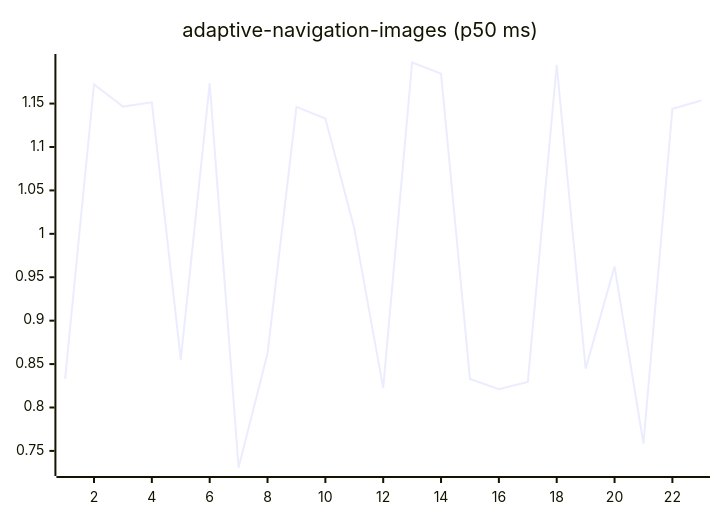
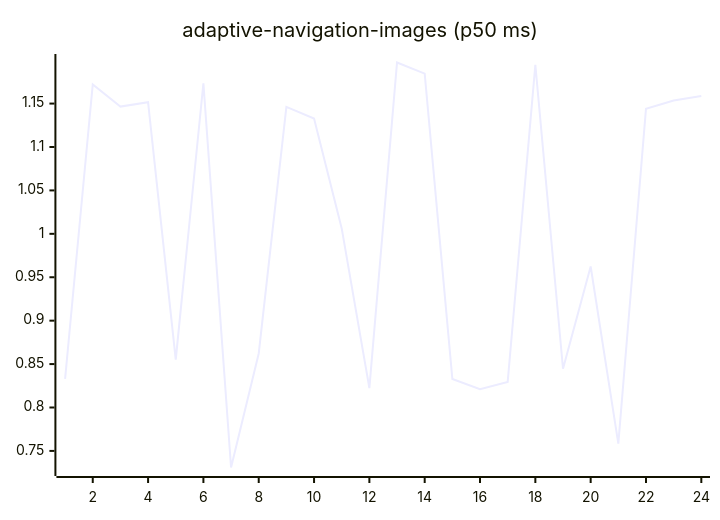
One commit to josha/Facet changed the first of 27 diagrams in README.md. Above: the diagram before and after it, drawn with Mermaid. The commit also changed other lines of this file and 2 other files, not shown here.

````diff
--- a/README.md
+++ b/README.md
@@ -63,6 +63,6 @@
 ```mermaid
 xychart-beta
     title "adaptive-navigation-images (p50 ms)"
-    x-axis 1 --> 23
-    line [0.8330, 1.1721, 1.1465, 1.1515, 0.8551, 1.1733, 0.7309, 0.8622, 1.1462, 1.1328, 1.0062, 0.8224, 1.1973, 1.1845, 0.8328, 0.8211, 0.8295, 1.1947, 0.8446, 0.9624, 0.7583, 1.1441, 1.1535]
+    x-axis 1 --> 24
+    line [0.8330, 1.1721, 1.1465, 1.1515, 0.8551, 1.1733, 0.7309, 0.8622, 1.1462, 1.1328, 1.0062, 0.8224, 1.1973, 1.1845, 0.8328, 0.8211, 0.8295, 1.1947, 0.8446, 0.9624, 0.7583, 1.1441, 1.1535, 1.1586]
 ```
````
